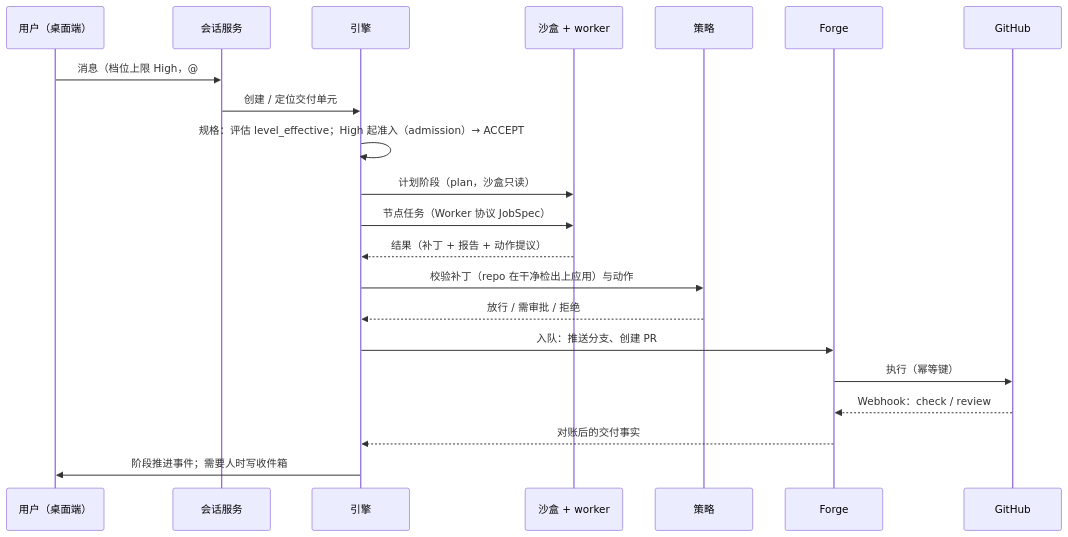
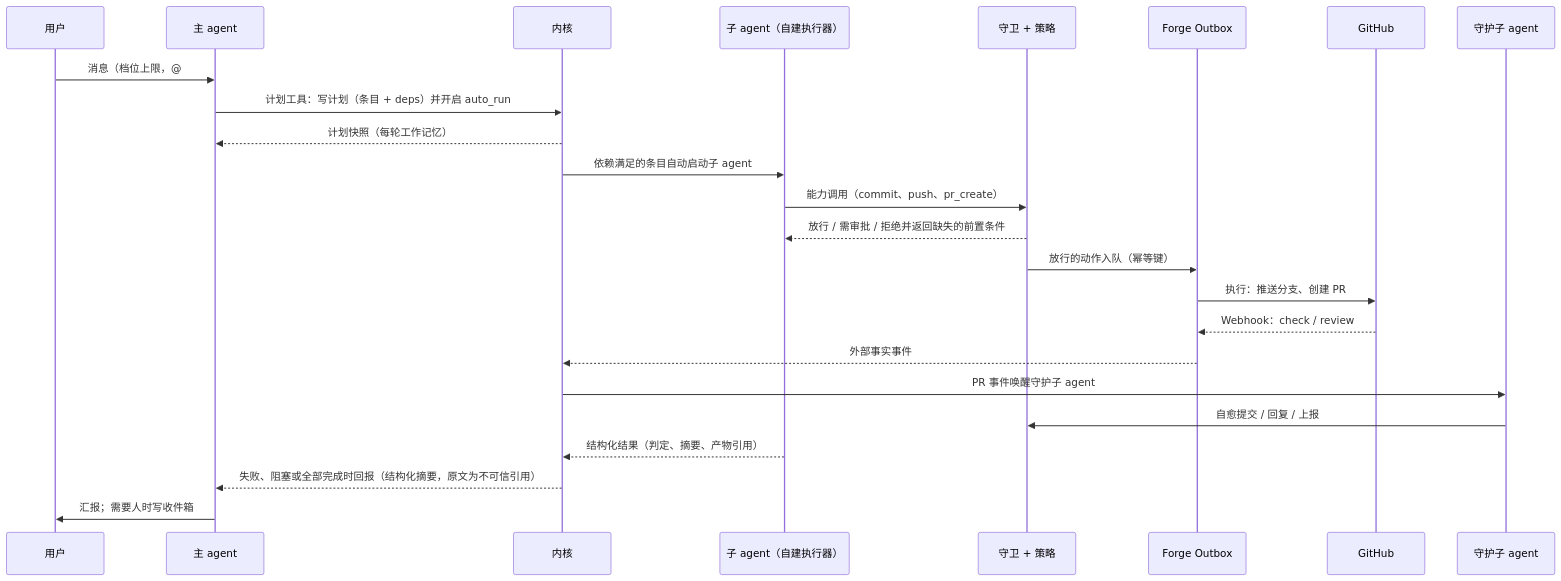
The third of 3 diagrams in docs/architecture.md (LeXwDeX/Gantry), drawn with Mermaid before and after one commit. The commit also changed other lines of this file and 5 other files, not shown here.

````diff
--- a/docs/architecture.md
+++ b/docs/architecture.md
@@ -229,23 +252,26 @@
 ```mermaid
 sequenceDiagram
-  participant U as 用户（桌面端）
-  participant C as 会话服务
-  participant E as 引擎
-  participant S as 沙盒 + worker
-  participant P as 策略
-  participant F as Forge
-  participant G as GitHub
-  U->>C: 消息（档位上限 High，@#5）
-  C->>E: 创建 / 定位交付单元
-  E->>E: 规格：评估 level_effective；High 起准入（admission）→ ACCEPT
-  E->>S: 计划阶段（plan，沙盒只读）
-  E->>S: 节点任务（Worker 协议 JobSpec）
-  S-->>E: 结果（补丁 + 报告 + 动作提议）
-  E->>P: 校验补丁（repo 在干净检出上应用）与动作
-  P-->>E: 放行 / 需审批 / 拒绝
-  E->>F: 入队：推送分支、创建 PR
-  F->>G: 执行（幂等键）
-  G-->>F: Webhook：check / review
-  F-->>E: 对账后的交付事实
-  E->>U: 阶段推进事件；需要人时写收件箱
+  participant U as 用户
+  participant M as 主 agent
+  participant K as 内核
+  participant S as 子 agent（自建执行器）
+  participant G as 守卫 + 策略
+  participant F as Forge Outbox
+  participant H as GitHub
+  participant W as 守护子 agent
+  U->>M: 消息（档位上限，@#5）
+  M->>K: 计划工具：写计划（条目 + deps）并开启 auto_run
+  K-->>M: 计划快照（每轮工作记忆）
+  K->>S: 依赖满足的条目自动启动子 agent
+  S->>G: 能力调用（commit、push、pr_create）
+  G-->>S: 放行 / 需审批 / 拒绝并返回缺失的前置条件
+  G->>F: 放行的动作入队（幂等键）
+  F->>H: 执行：推送分支、创建 PR
+  H-->>F: Webhook：check / review
+  F-->>K: 外部事实事件
+  K->>W: PR 事件唤醒守护子 agent
+  W->>G: 自愈提交 / 回复 / 上报
+  S-->>K: 结构化结果（判定、摘要、产物引用）
+  K-->>M: 失败、阻塞或全部完成时回报（结构化摘要，原文为不可信引用）
+  M->>U: 汇报；需要人时写收件箱
 ```
````
